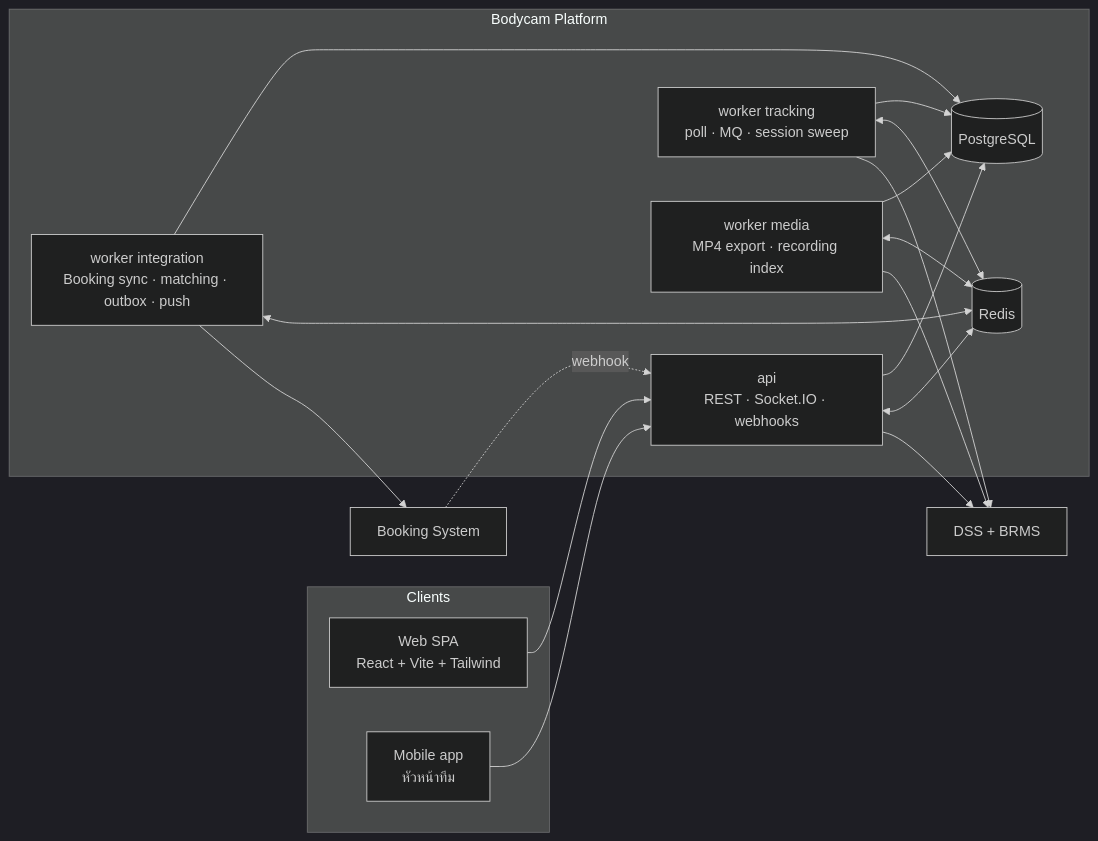
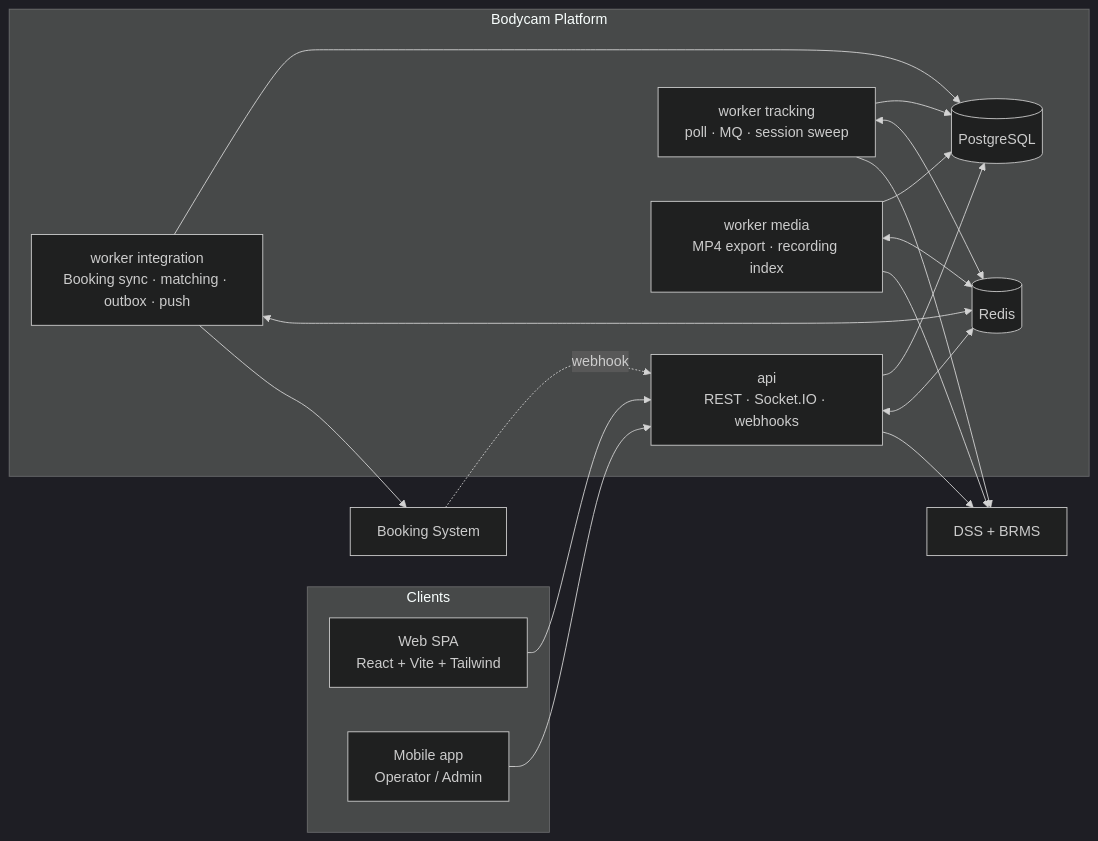
Before and after one commit to b-werayut/psd-bodycam-v1.0: the diagram in docs/blueprint/README.md, drawn with Mermaid (dark theme). The commit also changed other lines of this file and 8 other files, not shown here.

````diff
--- a/docs/blueprint/README.md
+++ b/docs/blueprint/README.md
@@ -78,32 +85,32 @@
 ```mermaid
 flowchart LR
   subgraph Client["Clients"]
     WEB["Web SPA<br/>React + Vite + Tailwind"]
-    MOB["Mobile app<br/>หัวหน้าทีม"]
+    MOB["Mobile app<br/>Operator / Admin"]
   end
   subgraph Platform["Bodycam Platform"]
     API["api<br/>REST · Socket.IO · webhooks"]
     WT["worker tracking<br/>poll · MQ · session sweep"]
     WI["worker integration<br/>Booking sync · matching · outbox · push"]
     WM["worker media<br/>MP4 export · recording index"]
     PG[("PostgreSQL")]
     RD[("Redis")]
   end
   DSS["DSS + BRMS"]
   BK["Booking System"]
   WEB --> API
   MOB --> API
   API --> PG
   API <--> RD
   WT --> PG
   WI --> PG
   WM --> PG
   WT <--> RD
   WI <--> RD
   WM <--> RD
   WT --> DSS
   API --> DSS
   WM --> DSS
   WI --> BK
   BK -. "webhook" .-> API
 ```
````
